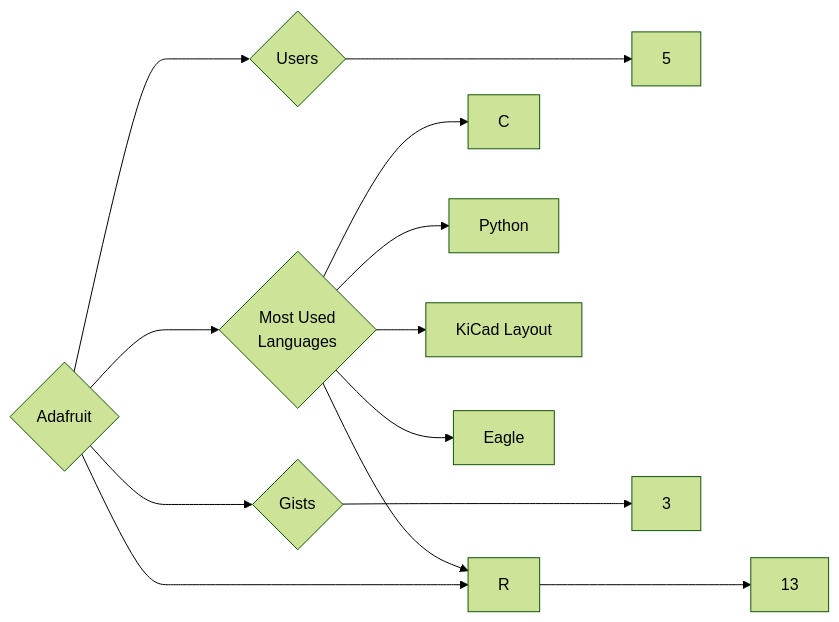
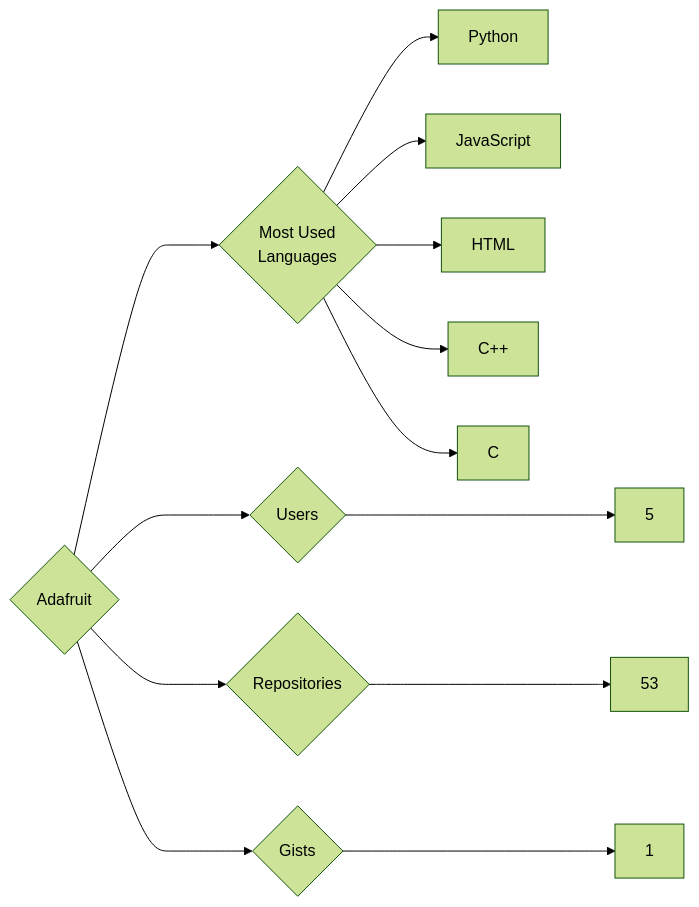
One commit to trickest/insiders changed the diagram in targets/Adafruit/README.md. Above: the diagram before and after it, drawn with Mermaid (forest theme). The commit also changed 815 other files, not shown here.

````diff
--- a/targets/Adafruit/README.md
+++ b/targets/Adafruit/README.md
@@ -3,13 +3,13 @@
 ```mermaid
 graph LR
 COMPANY_NAME{Adafruit}
 COMPANY_NAME ---> U{Users} ---> UN[5]
-COMPANY_NAME ---> R{Repositories} ---> RN[13]
-COMPANY_NAME ---> G{Gists} ---> GN[3]
+COMPANY_NAME ---> R{Repositories} ---> RN[53]
+COMPANY_NAME ---> G{Gists} ---> GN[1]
 COMPANY_NAME ---> ML{Most Used<br>Languages}
+ML --> Python[Python]
+ML --> JavaScript[JavaScript]
+ML --> HTML[HTML]
+ML --> C++[C++]
 ML --> C[C]
-ML --> Python[Python]
-ML --> R[R]
-ML --> KiCad_Layout[KiCad Layout]
-ML --> Eagle[Eagle]
 ```
````
